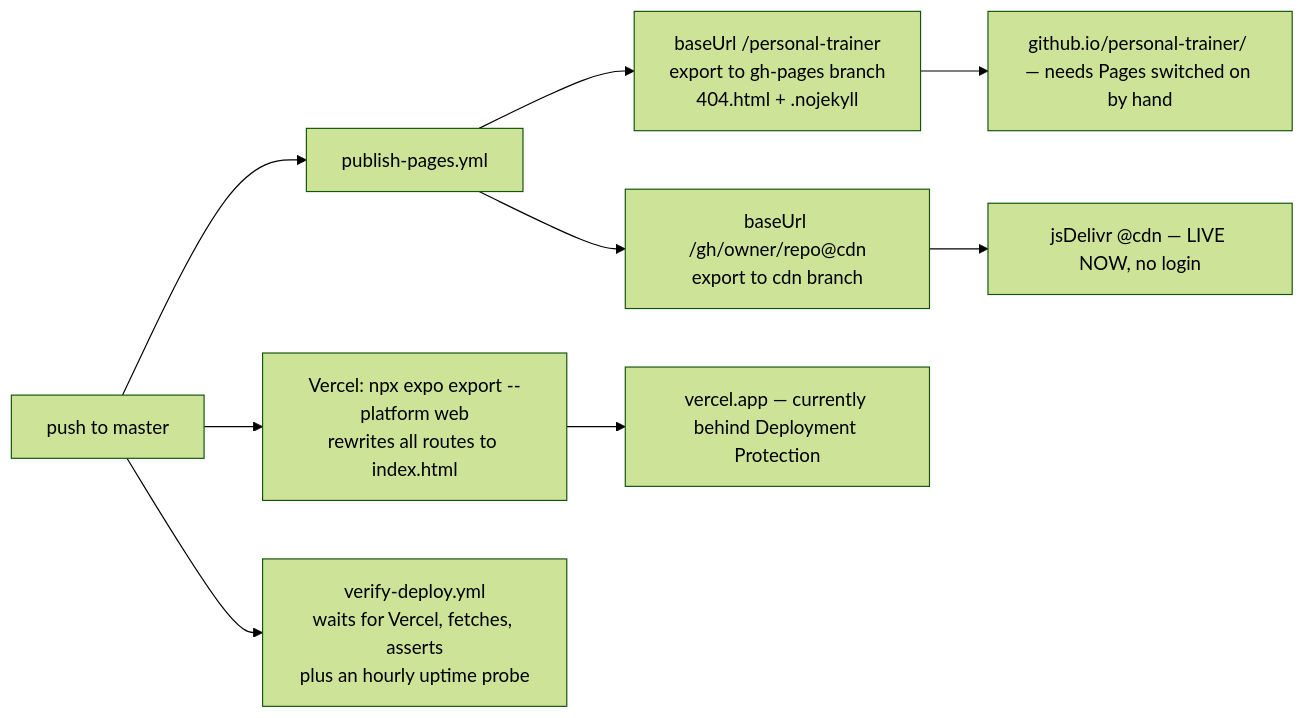
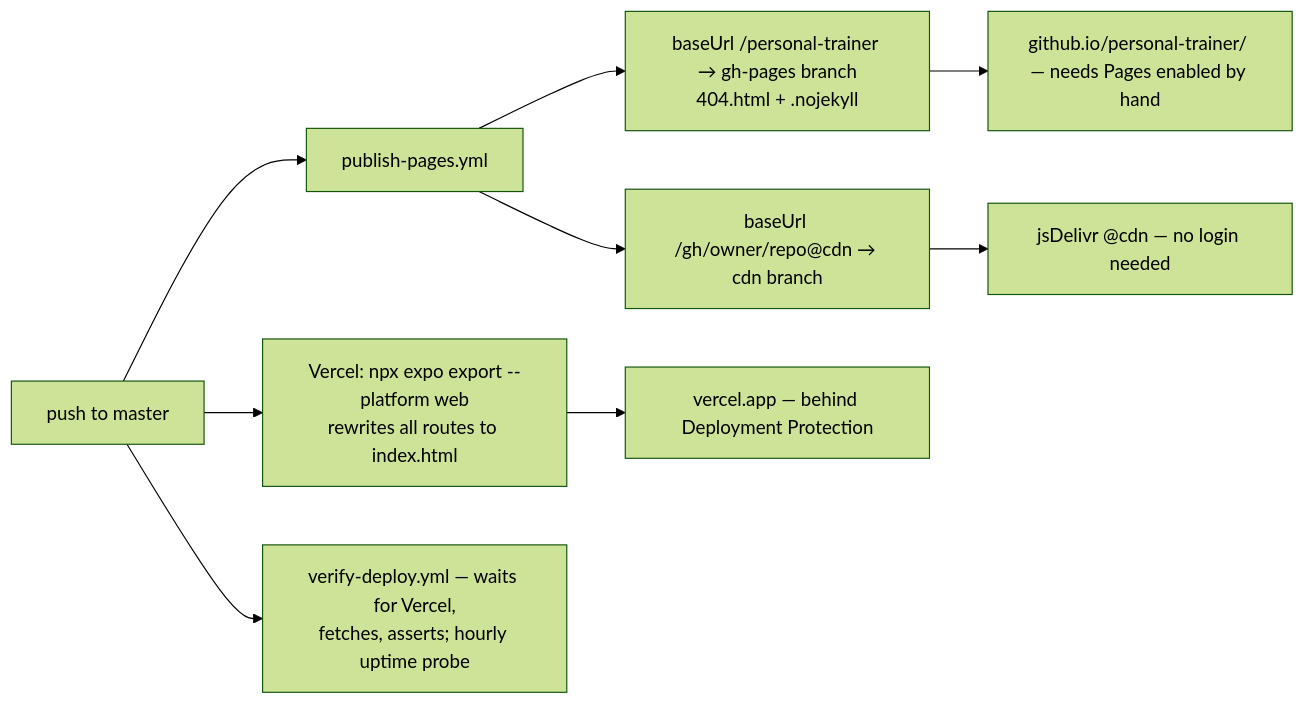
Before and after one commit to mateosauton/personal-trainer: the seventh of 7 diagrams in docs/ENGINEERING_HANDOFF.md, drawn with Mermaid (forest theme). The commit also changed other lines of this file and 1 other file, not shown here.

````diff
--- a/docs/ENGINEERING_HANDOFF.md
+++ b/docs/ENGINEERING_HANDOFF.md
@@ -1161,12 +1061,12 @@
 ```mermaid
 flowchart LR
     M["push to master"] --> V["Vercel: npx expo export --platform web<br/>rewrites all routes to index.html"]
     M --> W["publish-pages.yml"]
-    W --> B1["baseUrl /personal-trainer<br/>export to gh-pages branch<br/>404.html + .nojekyll"]
-    W --> B2["baseUrl /gh/owner/repo@cdn<br/>export to cdn branch"]
-    M --> VD["verify-deploy.yml<br/>waits for Vercel, fetches, asserts<br/>plus an hourly uptime probe"]
+    W --> B1["baseUrl /personal-trainer → gh-pages branch<br/>404.html + .nojekyll"]
+    W --> B2["baseUrl /gh/owner/repo@cdn → cdn branch"]
+    M --> VD["verify-deploy.yml — waits for Vercel,<br/>fetches, asserts; hourly uptime probe"]
 
-    V --> VU["vercel.app — currently behind Deployment Protection"]
-    B1 --> GP["github.io/personal-trainer/ — needs Pages switched on by hand"]
-    B2 --> JD["jsDelivr @cdn — LIVE NOW, no login"]
+    V --> VU["vercel.app — behind Deployment Protection"]
+    B1 --> GP["github.io/personal-trainer/ — needs Pages enabled by hand"]
+    B2 --> JD["jsDelivr @cdn — no login needed"]
 ```
````
